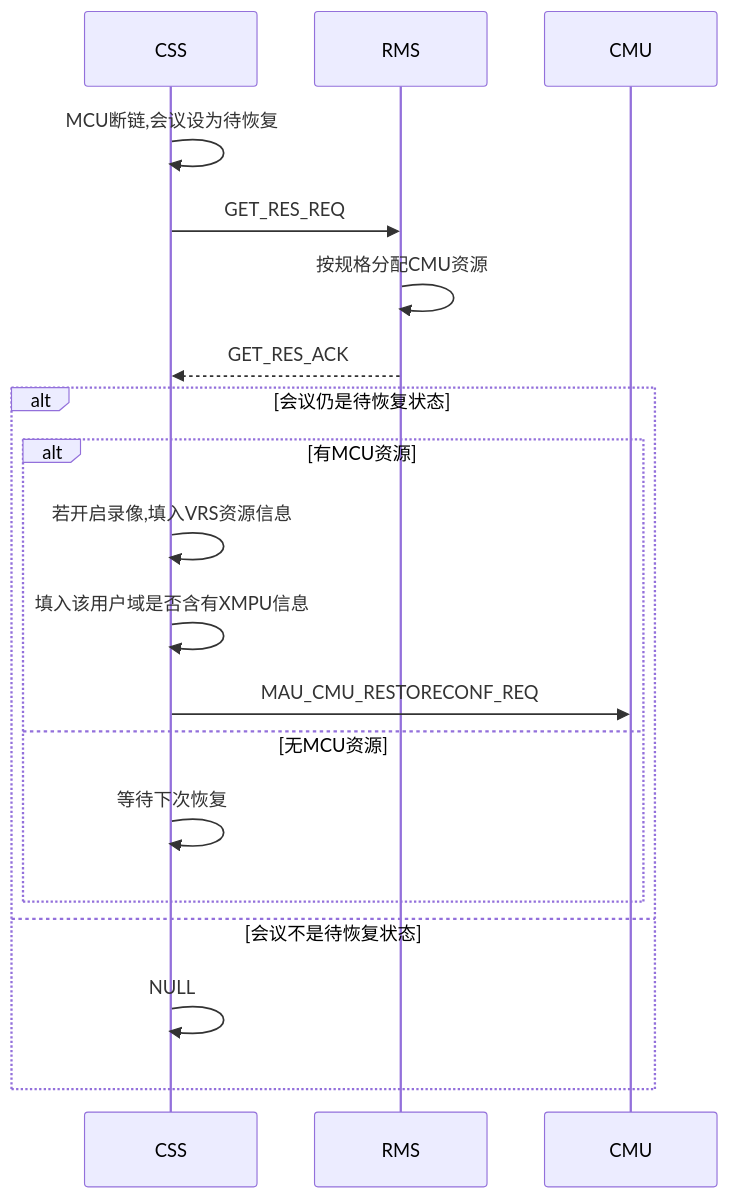
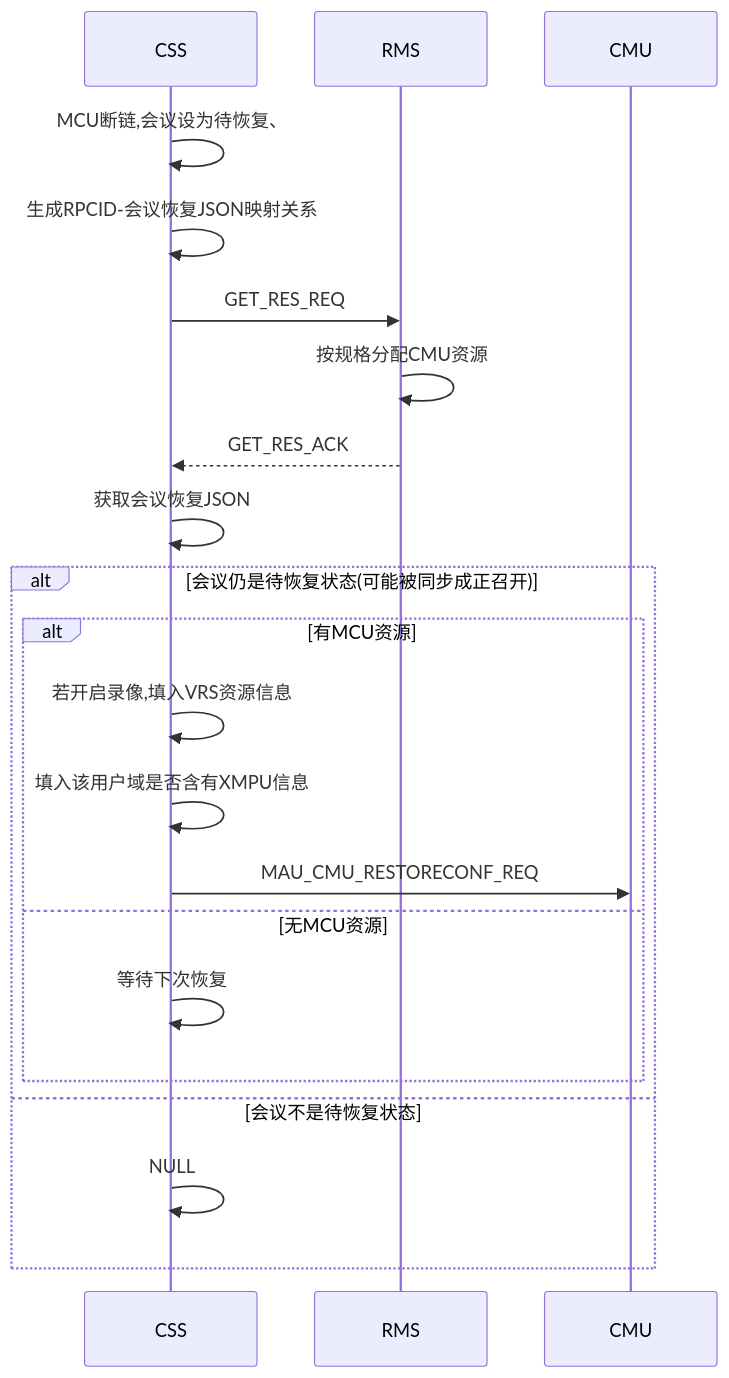
The second of 6 diagrams in x需求_/5.1sp4css/5.1sp4css概要设计.md (github188/w_doc), drawn with Mermaid before and after one commit. The commit also changed other lines of this file and 2 other files, not shown here.

````diff
--- a/x需求_/5.1sp4css/5.1sp4css概要设计.md
+++ b/x需求_/5.1sp4css/5.1sp4css概要设计.md
@@ -35,19 +37,20 @@
 ```mermaid
 sequenceDiagram
-CSS->>CSS: MCU断链,会议设为待恢复
+CSS->>CSS: MCU断链,会议设为待恢复、
+CSS->>CSS: 生成RPCID-会议恢复JSON映射关系
 CSS->>RMS: GET_RES_REQ
 RMS->>RMS: 按规格分配CMU资源
 RMS-->>CSS: GET_RES_ACK
-alt 会议仍是待恢复状态
+CSS->>CSS: 获取会议恢复JSON
+alt 会议仍是待恢复状态(可能被同步成正召开)
 	alt 有MCU资源
 	CSS->>CSS: 若开启录像,填入VRS资源信息
 	CSS->>CSS: 填入该用户域是否含有XMPU信息
 	CSS->>CMU: MAU_CMU_RESTORECONF_REQ
 	else 无MCU资源
 	CSS->>CSS: 等待下次恢复
 	end
 else 会议不是待恢复状态
 	CSS->>CSS: NULL
 end
-
 ```
````
